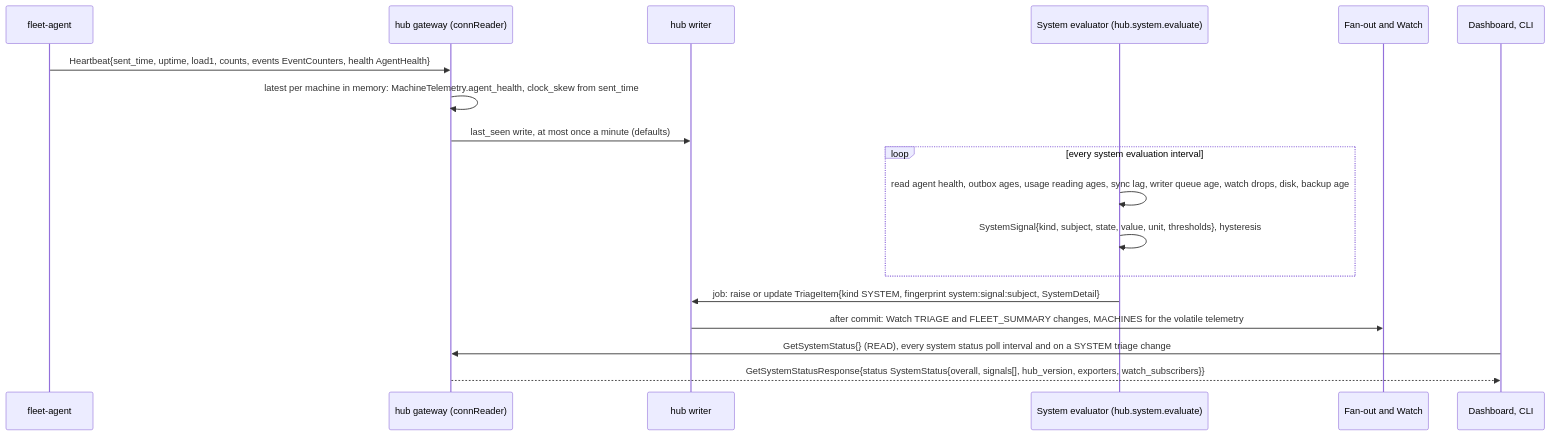
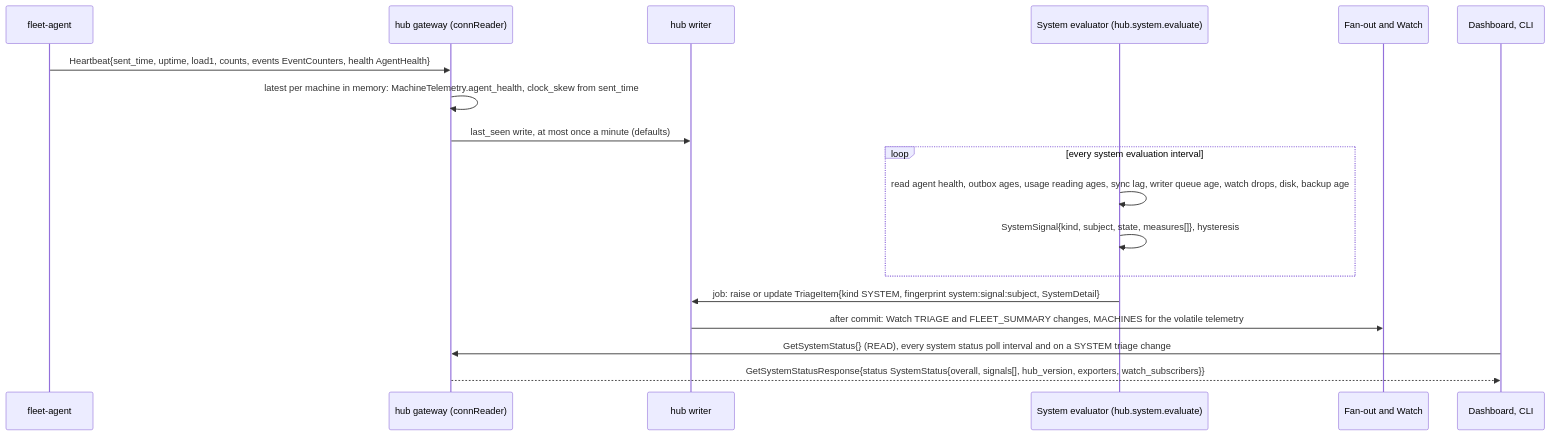
Before and after one commit to linuxdynasty/fleet-board: the diagram in docs/specs/05b-observability.md, drawn with Mermaid. The commit also changed other lines of this file and 7 other files, not shown here.

First line of the commit message:
System signals carry a list of measures, each with its own levels and holds (#129)

````diff
--- a/docs/specs/05b-observability.md
+++ b/docs/specs/05b-observability.md
@@ -250,20 +252,20 @@
 ```mermaid
 sequenceDiagram
   participant A as fleet-agent
   participant G as hub gateway (connReader)
   participant W as hub writer
   participant E as System evaluator (hub.system.evaluate)
   participant F as Fan-out and Watch
   participant D as Dashboard, CLI
   A->>G: Heartbeat{sent_time, uptime, load1, counts, events EventCounters, health AgentHealth}
   G->>G: latest per machine in memory: MachineTelemetry.agent_health, clock_skew from sent_time
   G->>W: last_seen write, at most once a minute (defaults)
   loop every system evaluation interval
     E->>E: read agent health, outbox ages, usage reading ages, sync lag, writer queue age, watch drops, disk, backup age
-    E->>E: SystemSignal{kind, subject, state, value, unit, thresholds}, hysteresis
+    E->>E: SystemSignal{kind, subject, state, measures[]}, hysteresis
   end
   E->>W: job: raise or update TriageItem{kind SYSTEM, fingerprint system:signal:subject, SystemDetail}
   W->>F: after commit: Watch TRIAGE and FLEET_SUMMARY changes, MACHINES for the volatile telemetry
   D->>G: GetSystemStatus{} (READ), every system status poll interval and on a SYSTEM triage change
   G-->>D: GetSystemStatusResponse{status SystemStatus{overall, signals[], hub_version, exporters, watch_subscribers}}
 ```
````
